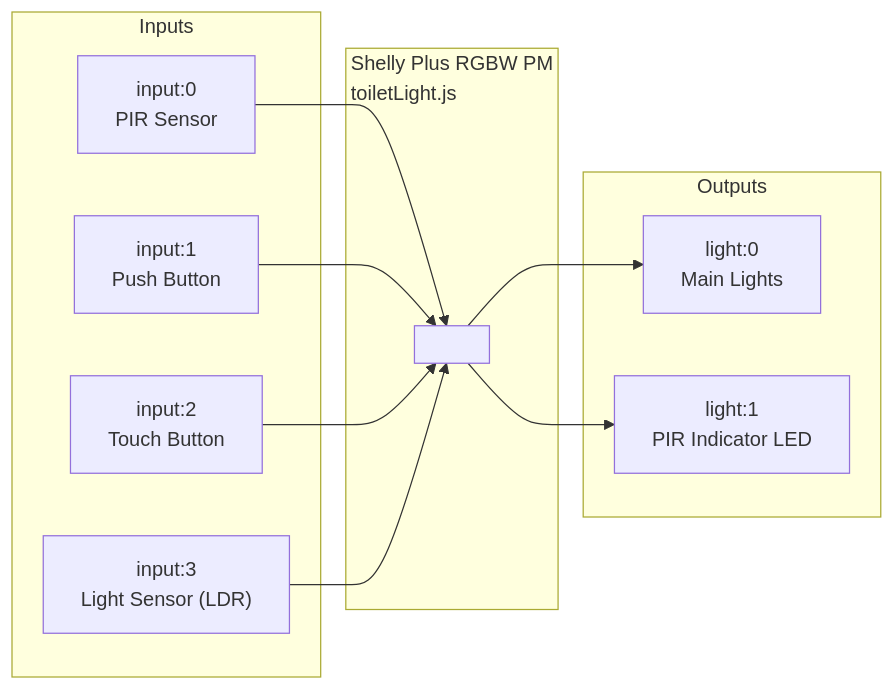
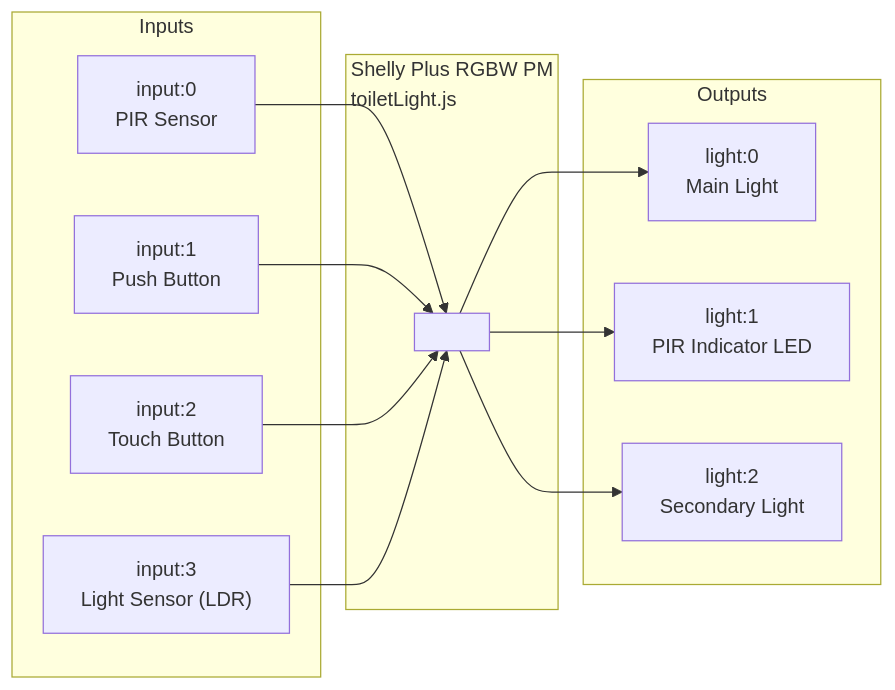
One commit to notABluesSinger/Caravan-Automation changed the diagram in README.md. Above: the diagram before and after it, drawn with Mermaid. The commit also changed other lines of this file and 2 other files, not shown here.

Commit message:
Refine toilet light button and PIR behavior

````diff
--- a/README.md
+++ b/README.md
@@ -17,25 +17,27 @@
 ```mermaid
 flowchart LR
     subgraph Inputs
         PIR["input:0<br/>PIR Sensor"]
         PB["input:1<br/>Push Button"]
         TB["input:2<br/>Touch Button"]
         LDR["input:3<br/>Light Sensor (LDR)"]
     end
 
     subgraph Controller["Shelly Plus RGBW PM<br/>toiletLight.js"]
         SCRIPT[" "]
     end
 
     subgraph Outputs
-        MAIN["light:0<br/>Main Lights"]
+        MAIN["light:0<br/>Main Light"]
         IND["light:1<br/>PIR Indicator LED"]
+        SEC["light:2<br/>Secondary Light"]
     end
 
     PIR --> SCRIPT
     PB --> SCRIPT
     TB --> SCRIPT
     LDR --> SCRIPT
     SCRIPT --> MAIN
     SCRIPT --> IND
+    SCRIPT --> SEC
 ```
````
